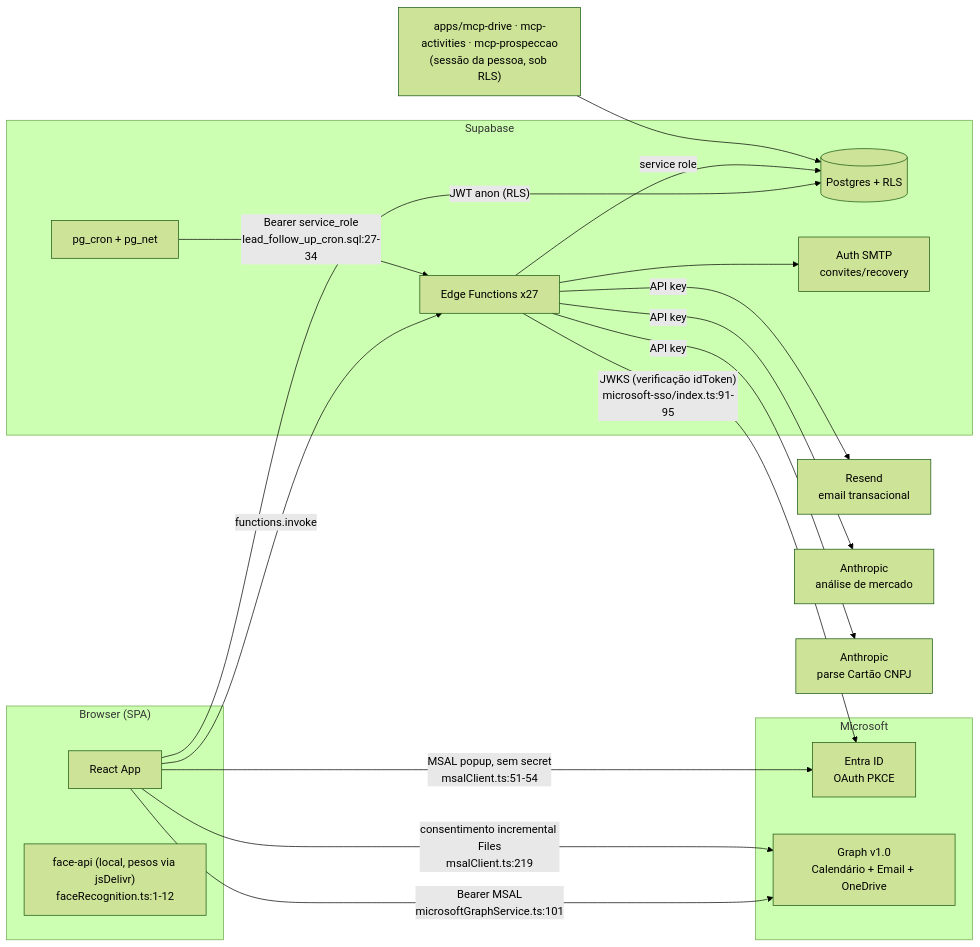
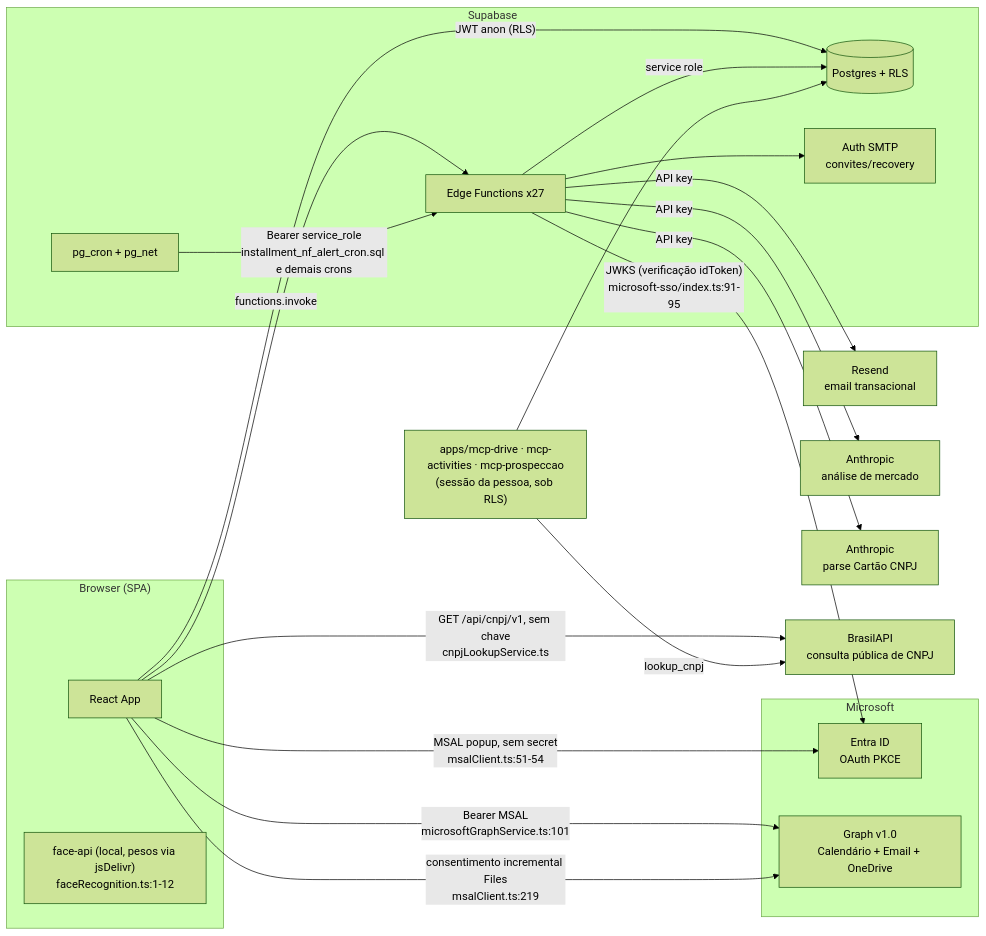
The diagram in .harness/docs/architecture/integrations.md (Origami-Lab-Organization/og-pulse), drawn with Mermaid (forest theme) before and after one commit. The commit also changed other lines of this file and 9 other files, not shown here.

````diff
--- a/.harness/docs/architecture/integrations.md
+++ b/.harness/docs/architecture/integrations.md
@@ -26,37 +28,40 @@
 ```mermaid
 flowchart LR
     subgraph Browser["Browser (SPA)"]
         SPA[React App]
         FACE["face-api (local, pesos via jsDelivr)<br/>faceRecognition.ts:1-12"]
     end
 
     subgraph Supabase
         REST[(Postgres + RLS)]
         EF[Edge Functions x27]
         CRON[pg_cron + pg_net]
         SMTP[Auth SMTP<br/>convites/recovery]
     end
 
     subgraph Microsoft
         ENTRA[Entra ID<br/>OAuth PKCE]
         GRAPH[Graph v1.0<br/>Calendário + Email + OneDrive]
     end
 
     EXT1[Resend<br/>email transacional]
     EXT2[Anthropic<br/>análise de mercado]
     EXT3[Anthropic<br/>parse Cartão CNPJ]
+    EXT4[BrasilAPI<br/>consulta pública de CNPJ]
 
     SPA -->|"JWT anon (RLS)"| REST
     SPA -->|functions.invoke| EF
     SPA -->|"MSAL popup, sem secret<br/>msalClient.ts:51-54"| ENTRA
     SPA -->|"Bearer MSAL<br/>microsoftGraphService.ts:101"| GRAPH
     SPA -->|"consentimento incremental Files<br/>msalClient.ts:219"| GRAPH
-    CRON -->|"Bearer service_role<br/>lead_follow_up_cron.sql:27-34"| EF
+    CRON -->|"Bearer service_role<br/>installment_nf_alert_cron.sql e demais crons"| EF
     EF -->|service role| REST
     EF -->|"JWKS (verificação idToken)<br/>microsoft-sso/index.ts:91-95"| ENTRA
     EF -->|API key| EXT1
     EF -->|API key| EXT2
     EF -->|API key| EXT3
     EF --> SMTP
+    SPA -->|"GET /api/cnpj/v1, sem chave<br/>cnpjLookupService.ts"| EXT4
     MCP["apps/mcp-drive · mcp-activities · mcp-prospeccao<br/>(sessão da pessoa, sob RLS)"] --> REST
+    MCP -->|"lookup_cnpj"| EXT4
 ```
````
